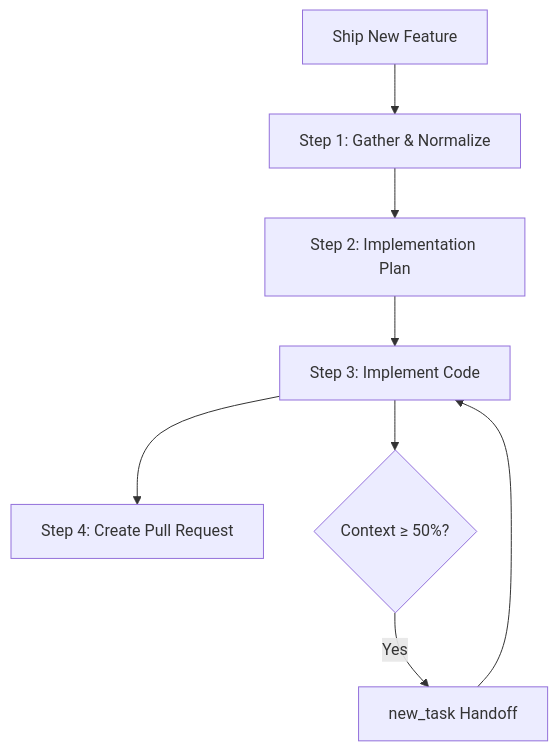
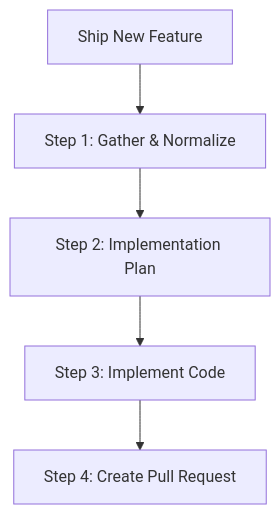
One commit to ZzZueszZ/Cline_bot changed the diagram in .clinerules/workflows/ship-new-feature.md. Above: the diagram before and after it, drawn with Mermaid. The commit also changed 6 other files, not shown here.

````diff
--- a/.clinerules/workflows/ship-new-feature.md
+++ b/.clinerules/workflows/ship-new-feature.md
@@ -28,10 +28,7 @@
    ```mermaid
    graph TD
        A[Ship New Feature] --> B[Step 1: Gather & Normalize]
        B --> C[Step 2: Implementation Plan]
        C --> D[Step 3: Implement Code]
        D --> E[Step 4: Create Pull Request]
-       D --> F{Context ≥ 50%?}
-       F -->|Yes| G[new_task Handoff]
-       G --> D
    ```
````
